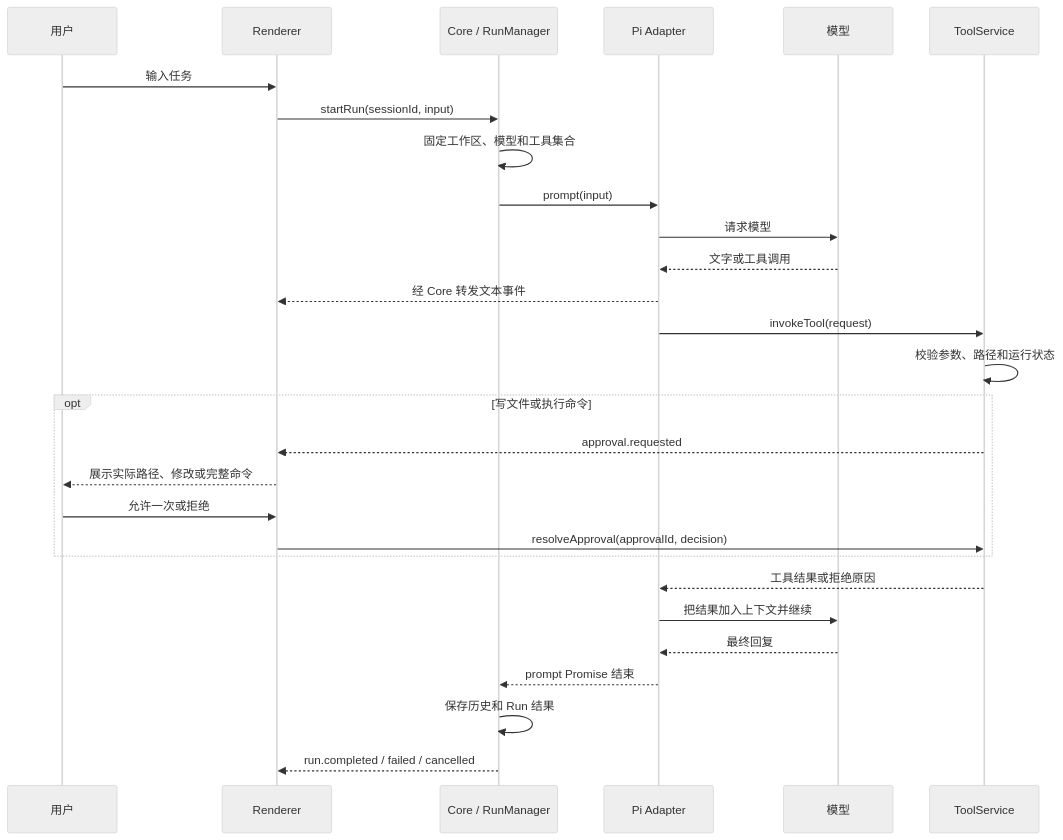
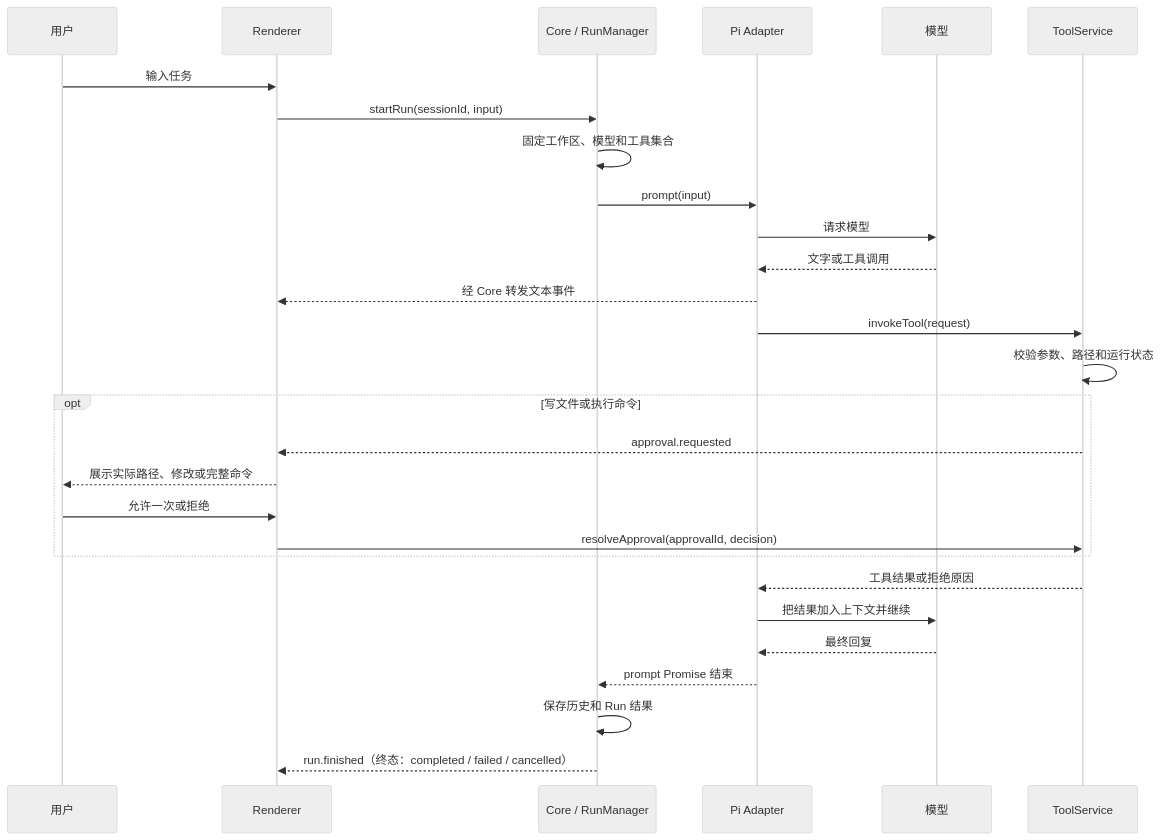
The sixth of 11 diagrams in docs/architecture/2026-10-12-agent-desktop-design.md (shiyimi/yagent), drawn with Mermaid (neutral theme) before and after one commit. The commit also changed other lines of this file and 24 other files, not shown here.

````diff
--- a/docs/architecture/2026-10-12-agent-desktop-design.md
+++ b/docs/architecture/2026-10-12-agent-desktop-design.md
@@ -253,30 +255,30 @@
 ```mermaid
 sequenceDiagram
   participant U as 用户
   participant R as Renderer
   participant C as Core / RunManager
   participant A as Pi Adapter
   participant M as 模型
   participant T as ToolService
   U->>R: 输入任务
   R->>C: startRun(sessionId, input)
   C->>C: 固定工作区、模型和工具集合
   C->>A: prompt(input)
   A->>M: 请求模型
   M-->>A: 文字或工具调用
   A-->>R: 经 Core 转发文本事件
   A->>T: invokeTool(request)
   T->>T: 校验参数、路径和运行状态
   opt 写文件或执行命令
     T-->>R: approval.requested
     R-->>U: 展示实际路径、修改或完整命令
     U->>R: 允许一次或拒绝
     R->>T: resolveApproval(approvalId, decision)
   end
   T-->>A: 工具结果或拒绝原因
   A->>M: 把结果加入上下文并继续
   M-->>A: 最终回复
   A-->>C: prompt Promise 结束
   C->>C: 保存历史和 Run 结果
-  C-->>R: run.completed / failed / cancelled
+  C-->>R: run.finished（终态：completed / failed / cancelled）
 ```
````
